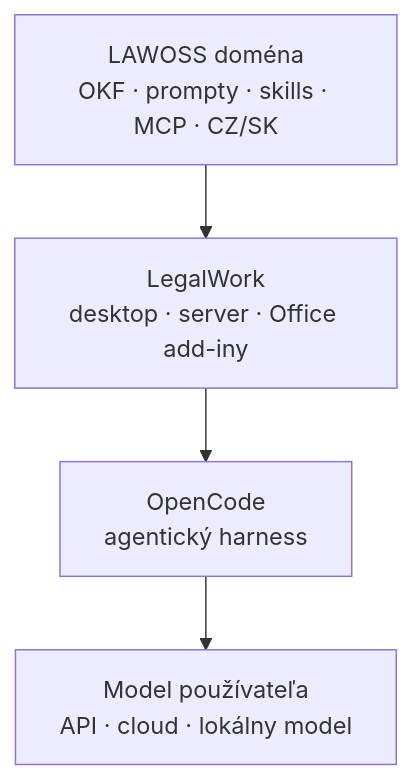
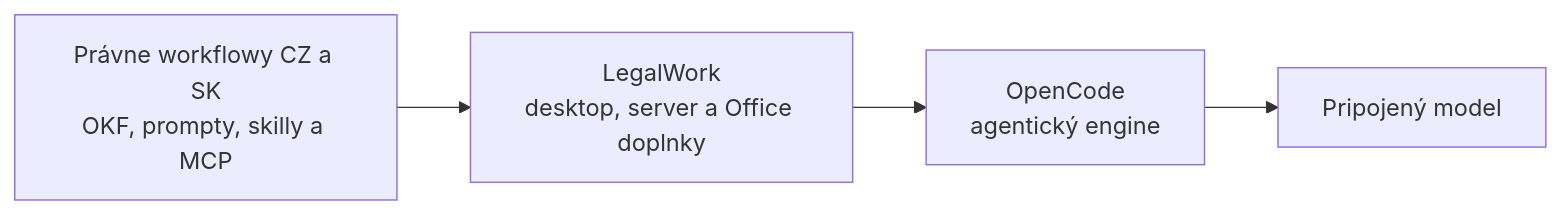
Before and after one commit to Omni-Legal-Products/lawoss: the diagram in README.md, drawn with Mermaid. The commit also changed other lines of this file and 6 other files, not shown here.

````diff
--- a/README.md
+++ b/README.md
@@ -123,10 +70,6 @@
 ```mermaid
-flowchart TD
-    L["LAWOSS doména<br/>OKF · prompty · skills · MCP · CZ/SK"]
-    W["LegalWork<br/>desktop · server · Office add-iny"]
-    O["OpenCode<br/>agentický harness"]
-    M["Model používateľa<br/>API · cloud · lokálny model"]
-    L --> W
-    W --> O
-    O --> M
+flowchart LR
+    D["Právne workflowy CZ a SK<br/>OKF, prompty, skilly a MCP"] --> W["LegalWork<br/>desktop, server a Office doplnky"]
+    W --> O["OpenCode<br/>agentický engine"]
+    O --> M["Pripojený model"]
 ```
````
